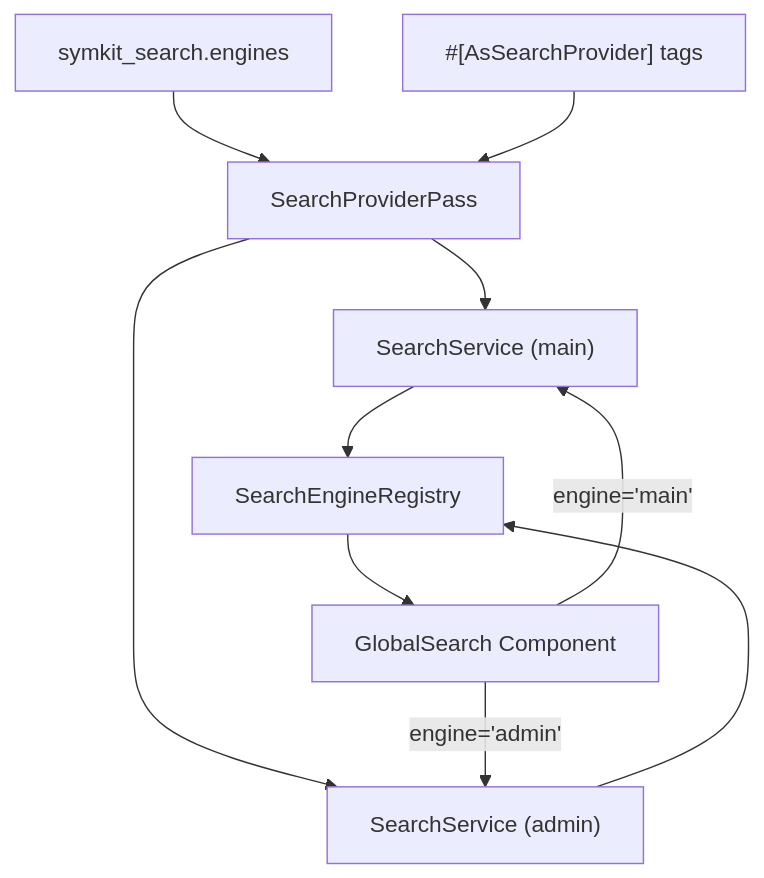
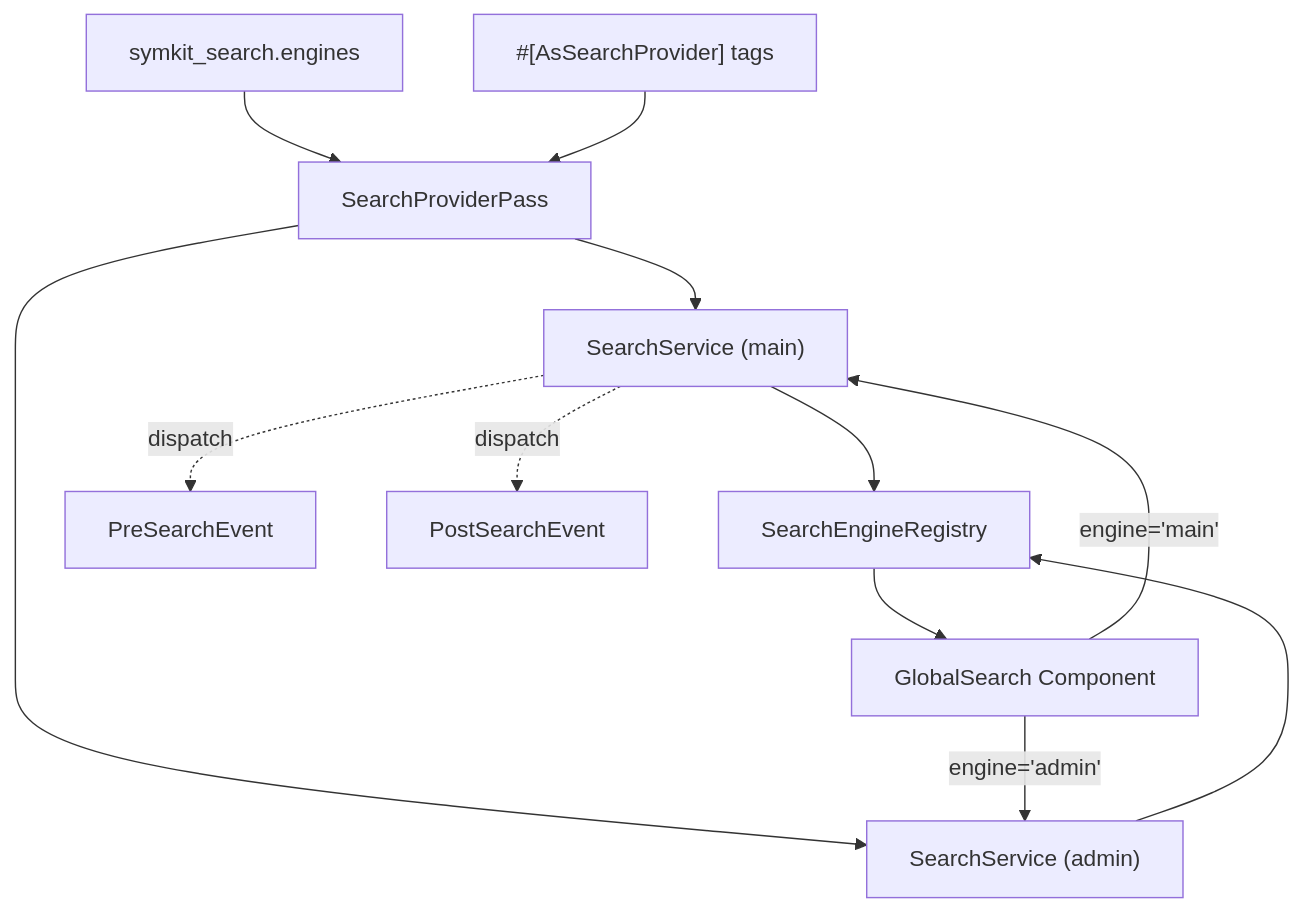
The diagram in README.md (SymKit/search-bundle), drawn with Mermaid before and after one commit. The commit also changed other lines of this file and 25 other files, not shown here.

````diff
--- a/README.md
+++ b/README.md
@@ -171,12 +215,14 @@
 ```mermaid
 graph TD
     Config["symkit_search.engines"] --> Pass["SearchProviderPass"]
     Tags["#[AsSearchProvider] tags"] --> Pass
     Pass --> E1["SearchService (main)"]
     Pass --> E2["SearchService (admin)"]
     E1 --> R["SearchEngineRegistry"]
     E2 --> R
     R --> UI["GlobalSearch Component"]
     UI -->|"engine='main'"| E1
     UI -->|"engine='admin'"| E2
+    E1 -.->|dispatch| PreSearch["PreSearchEvent"]
+    E1 -.->|dispatch| PostSearch["PostSearchEvent"]
 ```
````
